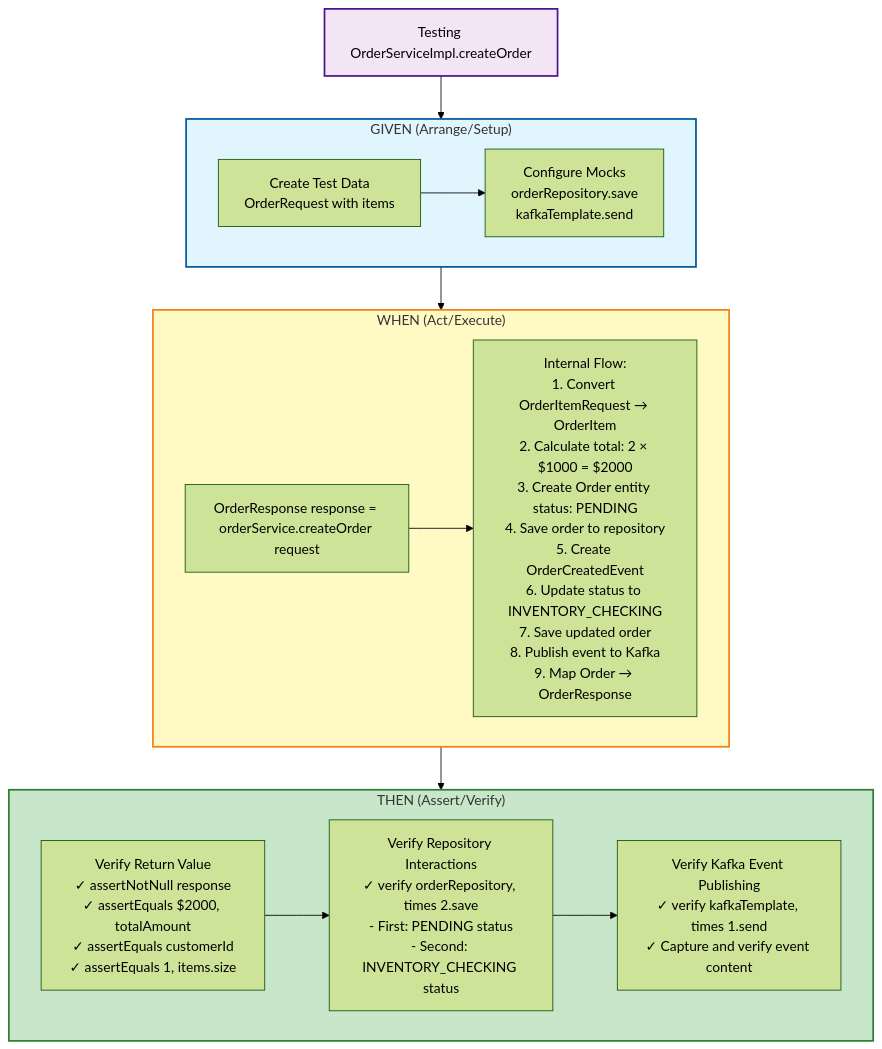
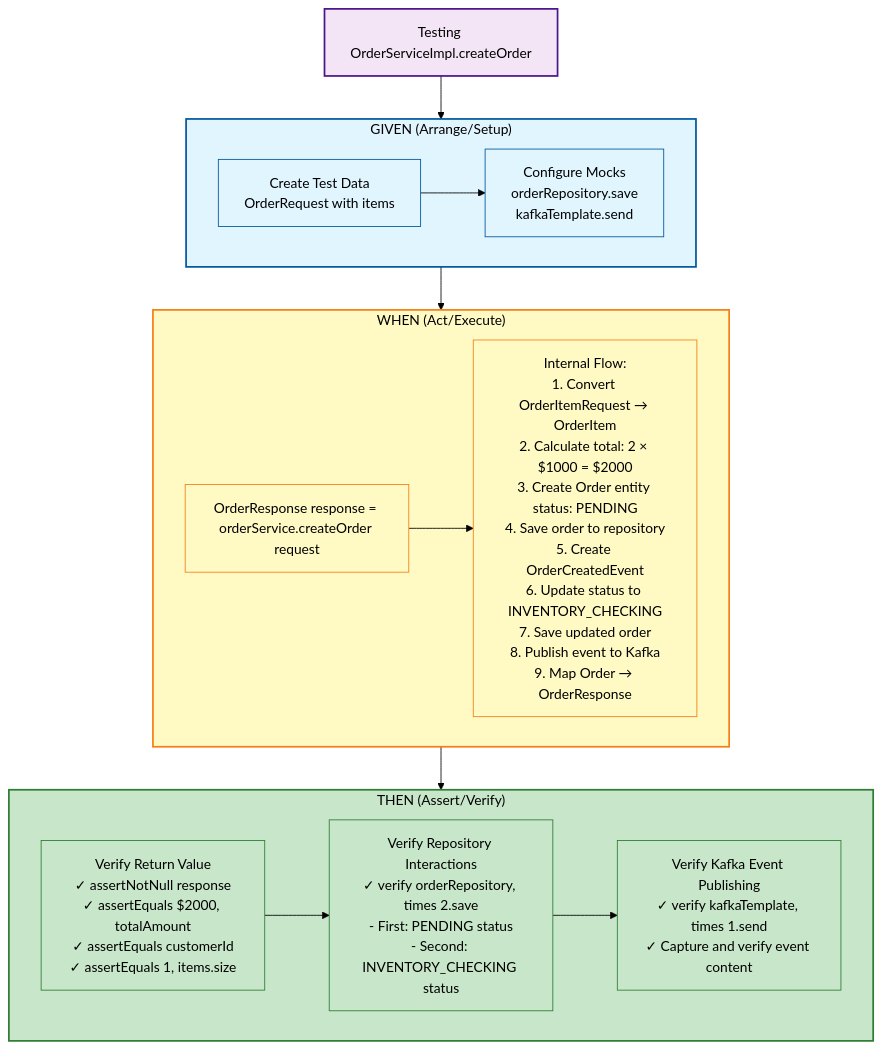
Before and after one commit to hagsmand/pcc-workshop-micro-service: the second of 8 diagrams in UNITTEST_WORKSHOP_DIAGRAM.md, drawn with Mermaid (forest theme). The commit also changed other lines of this file, not shown here.

````diff
--- a/UNITTEST_WORKSHOP_DIAGRAM.md
+++ b/UNITTEST_WORKSHOP_DIAGRAM.md
@@ -17,33 +17,40 @@
 ```mermaid
 flowchart TD
     Start[Testing OrderServiceImpl.createOrder]
     
     subgraph Given["GIVEN (Arrange/Setup)"]
         G1[Create Test Data<br/>OrderRequest with items]
         G2[Configure Mocks<br/>orderRepository.save<br/>kafkaTemplate.send]
         G1 --> G2
     end
     
     subgraph When["WHEN (Act/Execute)"]
         W1[OrderResponse response = orderService.createOrder request]
         W2[Internal Flow:<br/>1. Convert OrderItemRequest → OrderItem<br/>2. Calculate total: 2 × $1000 = $2000<br/>3. Create Order entity status: PENDING<br/>4. Save order to repository<br/>5. Create OrderCreatedEvent<br/>6. Update status to INVENTORY_CHECKING<br/>7. Save updated order<br/>8. Publish event to Kafka<br/>9. Map Order → OrderResponse]
         W1 --> W2
     end
     
     subgraph Then["THEN (Assert/Verify)"]
         T1[Verify Return Value<br/>✓ assertNotNull response<br/>✓ assertEquals $2000, totalAmount<br/>✓ assertEquals customerId<br/>✓ assertEquals 1, items.size]
         T2[Verify Repository Interactions<br/>✓ verify orderRepository, times 2.save<br/>- First: PENDING status<br/>- Second: INVENTORY_CHECKING status]
         T3[Verify Kafka Event Publishing<br/>✓ verify kafkaTemplate, times 1.send<br/>✓ Capture and verify event content]
         T1 --> T2
         T2 --> T3
     end
     
     Start --> Given
     Given --> When
     When --> Then
     
-    style Start fill:#f3e5f5,stroke:#4a148c,stroke-width:2px
-    style Given fill:#e1f5ff,stroke:#01579b,stroke-width:2px
-    style When fill:#fff9c4,stroke:#f57f17,stroke-width:2px
-    style Then fill:#c8e6c9,stroke:#2e7d32,stroke-width:2px
+    style Start fill:#f3e5f5,stroke:#4a148c,stroke-width:2px,color:#000
+    style Given fill:#e1f5ff,stroke:#01579b,stroke-width:2px,color:#000
+    style When fill:#fff9c4,stroke:#f57f17,stroke-width:2px,color:#000
+    style Then fill:#c8e6c9,stroke:#2e7d32,stroke-width:2px,color:#000
+    style G1 fill:#e1f5ff,stroke:#01579b,stroke-width:1px,color:#000
+    style G2 fill:#e1f5ff,stroke:#01579b,stroke-width:1px,color:#000
+    style W1 fill:#fff9c4,stroke:#f57f17,stroke-width:1px,color:#000
+    style W2 fill:#fff9c4,stroke:#f57f17,stroke-width:1px,color:#000
+    style T1 fill:#c8e6c9,stroke:#2e7d32,stroke-width:1px,color:#000
+    style T2 fill:#c8e6c9,stroke:#2e7d32,stroke-width:1px,color:#000
+    style T3 fill:#c8e6c9,stroke:#2e7d32,stroke-width:1px,color:#000
 ```
````
